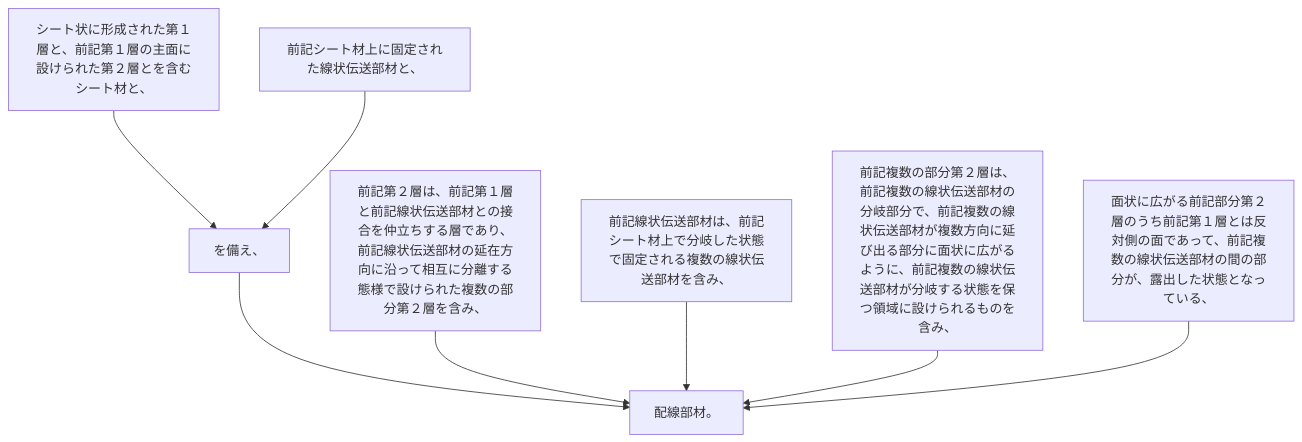
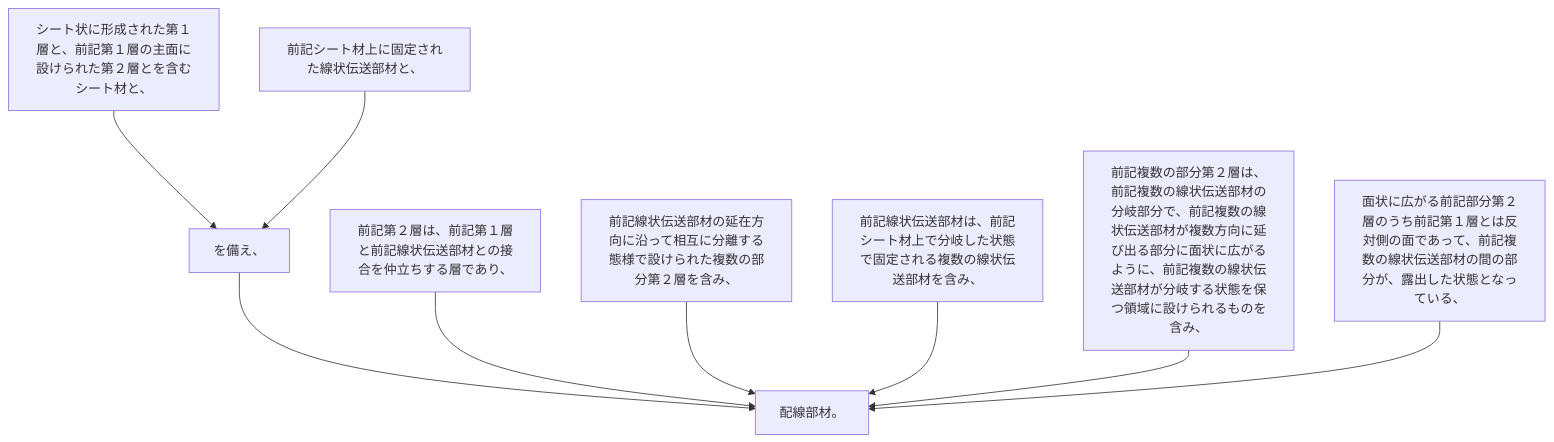
The diagram in 2024/JP2024001238A/claim_2/README.md (shinmori55/patent_analyzed), drawn with Mermaid before and after one commit. The commit also changed 25 other files, not shown here.

````diff
--- a/2024/JP2024001238A/claim_2/README.md
+++ b/2024/JP2024001238A/claim_2/README.md
@@ -8,18 +8,20 @@
 ```mermaid
 flowchart TD
 A[シート状に形成された第１層と、前記第１層の主面に設けられた第２層とを含むシート材と、]
 B[前記シート材上に固定された線状伝送部材と、]
 C[を備え、]
-D[前記第２層は、前記第１層と前記線状伝送部材との接合を仲立ちする層であり、前記線状伝送部材の延在方向に沿って相互に分離する態様で設けられた複数の部分第２層を含み、]
-E[前記線状伝送部材は、前記シート材上で分岐した状態で固定される複数の線状伝送部材を含み、]
-F[前記複数の部分第２層は、前記複数の線状伝送部材の分岐部分で、前記複数の線状伝送部材が複数方向に延び出る部分に面状に広がるように、前記複数の線状伝送部材が分岐する状態を保つ領域に設けられるものを含み、]
-G[面状に広がる前記部分第２層のうち前記第１層とは反対側の面であって、前記複数の線状伝送部材の間の部分が、露出した状態となっている、]
-H[配線部材。]
+D[前記第２層は、前記第１層と前記線状伝送部材との接合を仲立ちする層であり、]
+E[前記線状伝送部材の延在方向に沿って相互に分離する態様で設けられた複数の部分第２層を含み、]
+F[前記線状伝送部材は、前記シート材上で分岐した状態で固定される複数の線状伝送部材を含み、]
+G[前記複数の部分第２層は、前記複数の線状伝送部材の分岐部分で、前記複数の線状伝送部材が複数方向に延び出る部分に面状に広がるように、前記複数の線状伝送部材が分岐する状態を保つ領域に設けられるものを含み、]
+H[面状に広がる前記部分第２層のうち前記第１層とは反対側の面であって、前記複数の線状伝送部材の間の部分が、露出した状態となっている、]
+I[配線部材。]
 A --> C
 B --> C
-C --> H
-D --> H
-E --> H
-F --> H
-G --> H
+C --> I
+D --> I
+E --> I
+F --> I
+G --> I
+H --> I
 ```
````
